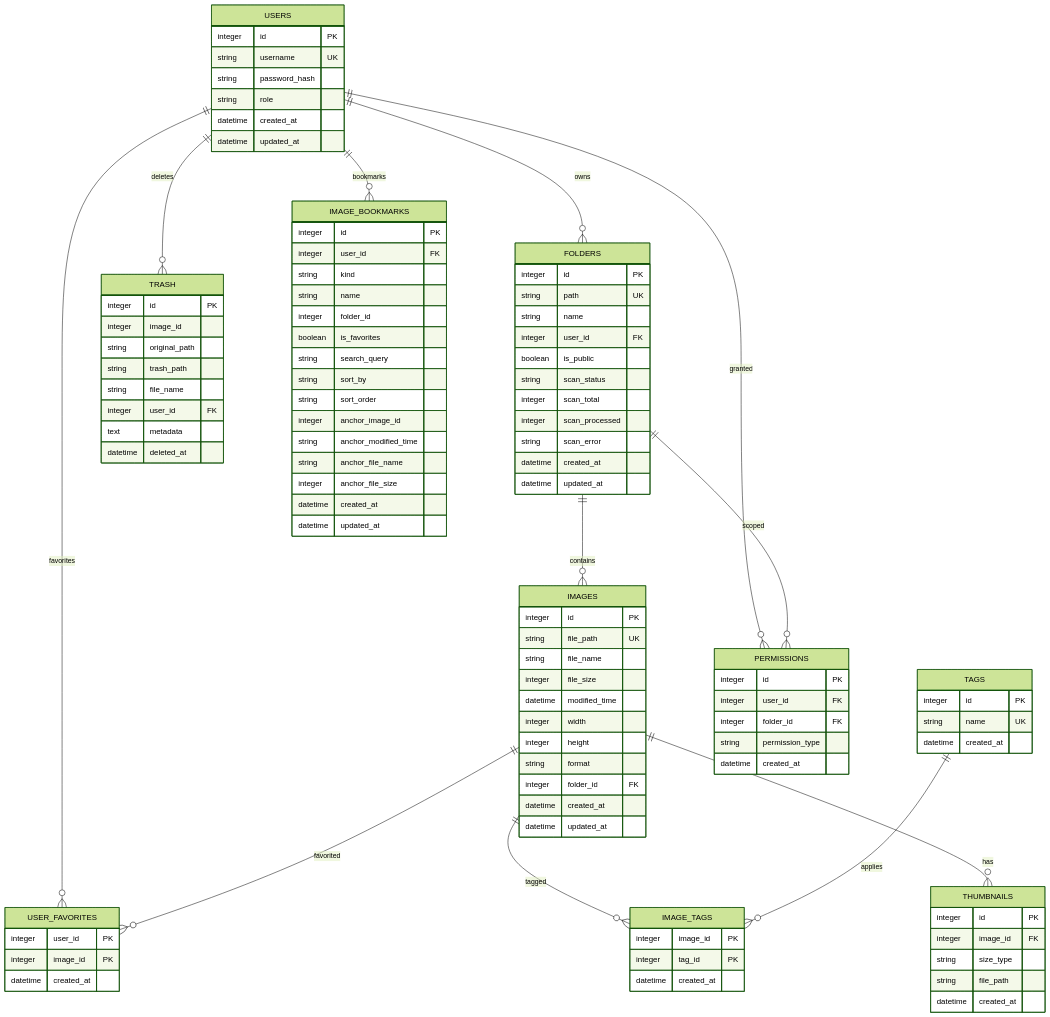
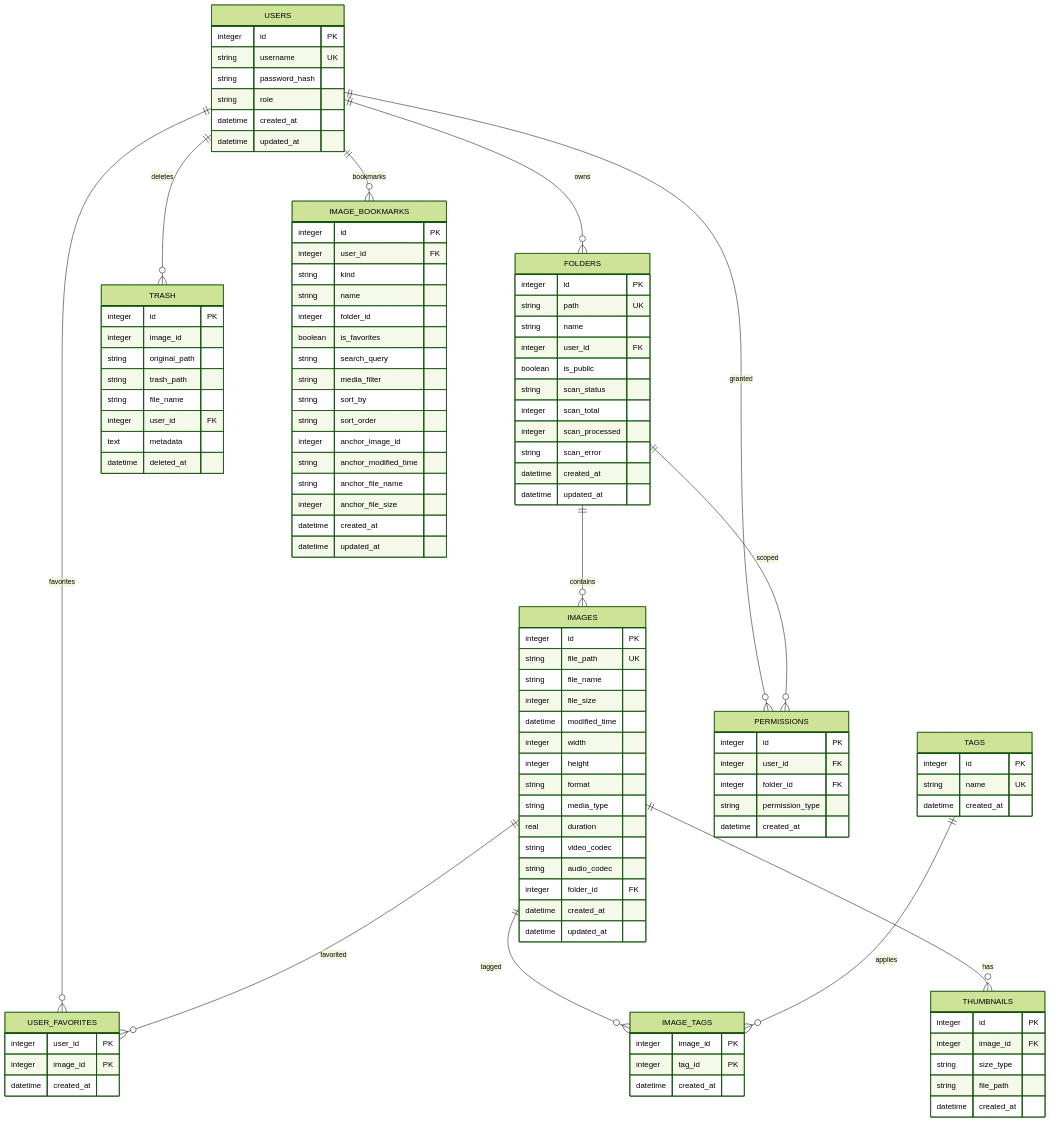
The third of 5 diagrams in docs/tech/PictureWeb技术架构文档.md (Yoyzhao/PictureWeb), drawn with Mermaid (forest theme) before and after one commit. The commit also changed other lines of this file and 29 other files, not shown here.

First line of the commit message:
feat: 实现视频支持功能，包含媒体类型筛选与缩略图生成

```diff
--- a/docs/tech/PictureWeb技术架构文档.md
+++ b/docs/tech/PictureWeb技术架构文档.md
@@ -240,6 +240,10 @@
         integer width
         integer height
         string format
+        string media_type
+        real duration
+        string video_codec
+        string audio_codec
         integer folder_id FK
         datetime created_at
         datetime updated_at
@@ -298,6 +302,7 @@
         integer folder_id
         boolean is_favorites
         string search_query
+        string media_filter
         string sort_by
         string sort_order
         integer anchor_image_id
```
